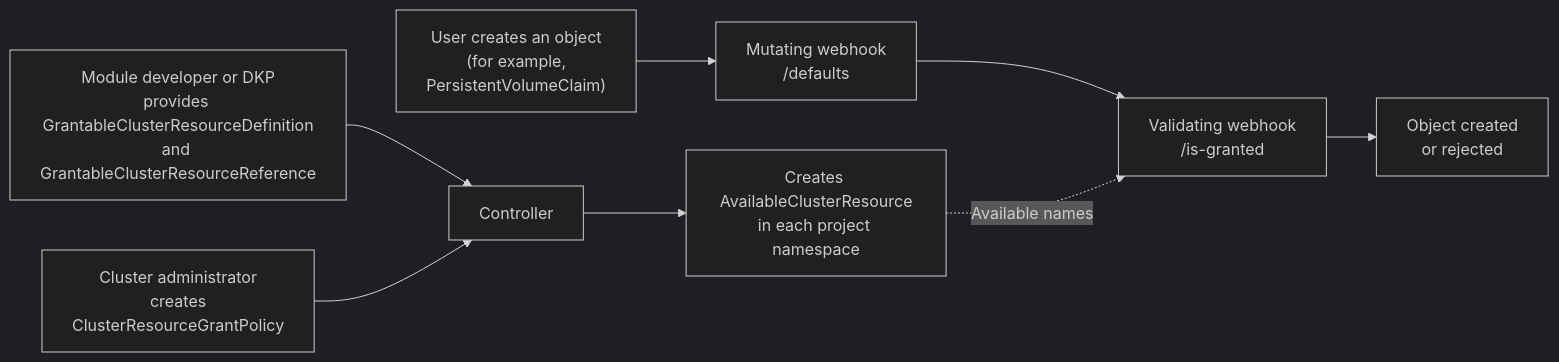
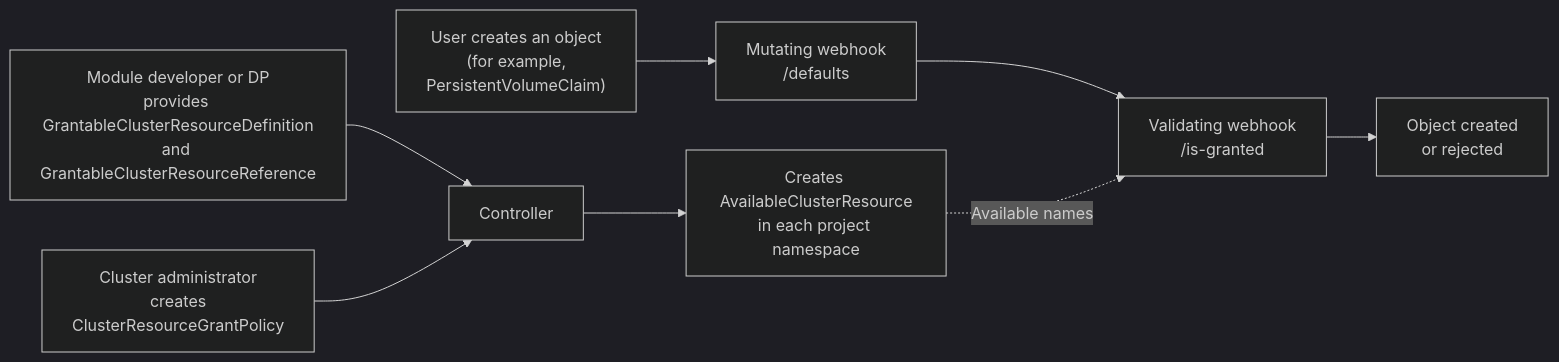
Before and after one commit to deckhouse/deckhouse: the diagram in modules/160-multitenancy-manager/docs/README.md, drawn with Mermaid (dark theme). The commit also changed other lines of this file and 1043 other files, not shown here.

```diff
--- a/modules/160-multitenancy-manager/docs/README.md
+++ b/modules/160-multitenancy-manager/docs/README.md
@@ -92,10 +92,10 @@
 <pre class="mermaid">
 flowchart LR
-    A["Module developer or DKP<br/>provides GrantableClusterResourceDefinition<br/>and GrantableClusterResourceReference"] --> C
+    A["Module developer or DP<br/>provides GrantableClusterResourceDefinition<br/>and GrantableClusterResourceReference"] --> C
     B["Cluster administrator<br/>creates<br/>ClusterResourceGrantPolicy"] --> C["Controller"]
     C --> D["Creates AvailableClusterResource<br/>in each project namespace"]
     E["User creates an object<br/>(for example,<br/>PersistentVolumeClaim)"] --> F["Mutating webhook<br/>/defaults"]
     F --> G["Validating webhook<br/>/is-granted"]
     D -. Available names .-> G
     G --> H["Object created<br/>or rejected"]
 </pre>
```
